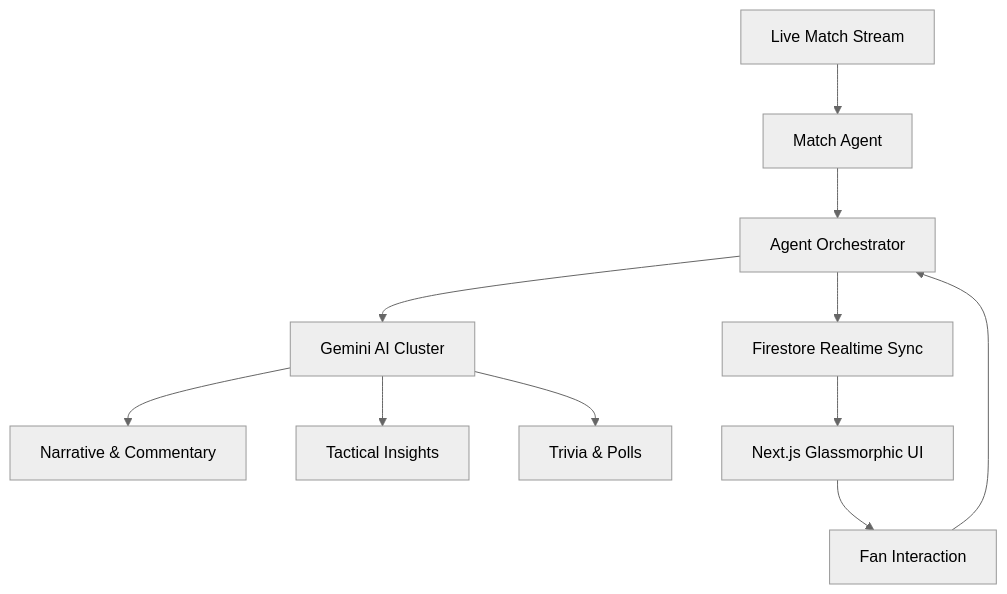
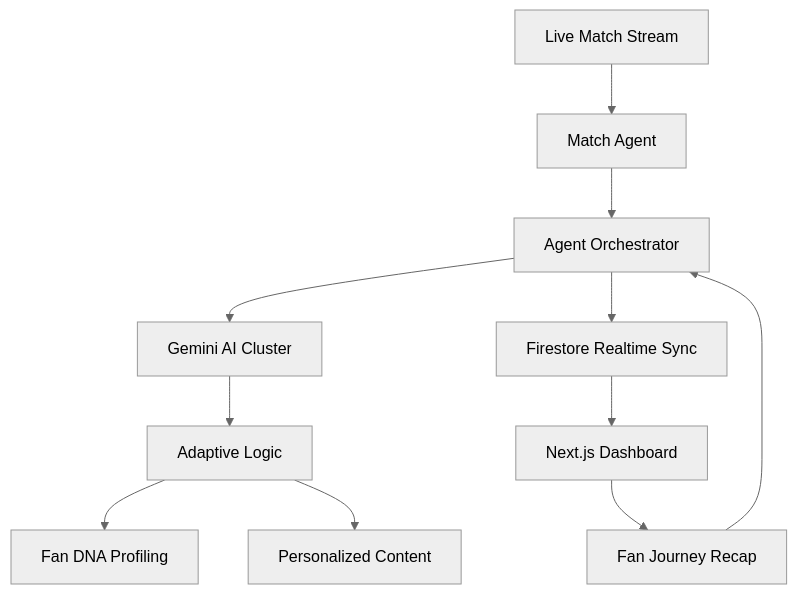
One commit to saikirantechy/FanVerse-AI changed the diagram in README.md. Above: the diagram before and after it, drawn with Mermaid (neutral theme). The commit also changed other lines of this file and 10 other files, not shown here.

````diff
--- a/README.md
+++ b/README.md
@@ -32,13 +31,13 @@
 ```mermaid
 graph TD
     A[Live Match Stream] --> B[Match Agent]
     B --> C[Agent Orchestrator]
     C --> D[Gemini AI Cluster]
-    D --> E[Narrative & Commentary]
-    D --> F[Tactical Insights]
-    D --> G[Trivia & Polls]
+    D --> E[Adaptive Logic]
+    E --> F[Fan DNA Profiling]
+    E --> G[Personalized Content]
     C --> H[Firestore Realtime Sync]
-    H --> I[Next.js Glassmorphic UI]
-    I --> J[Fan Interaction]
+    H --> I[Next.js Dashboard]
+    I --> J[Fan Journey Recap]
     J --> C
 ```
````
